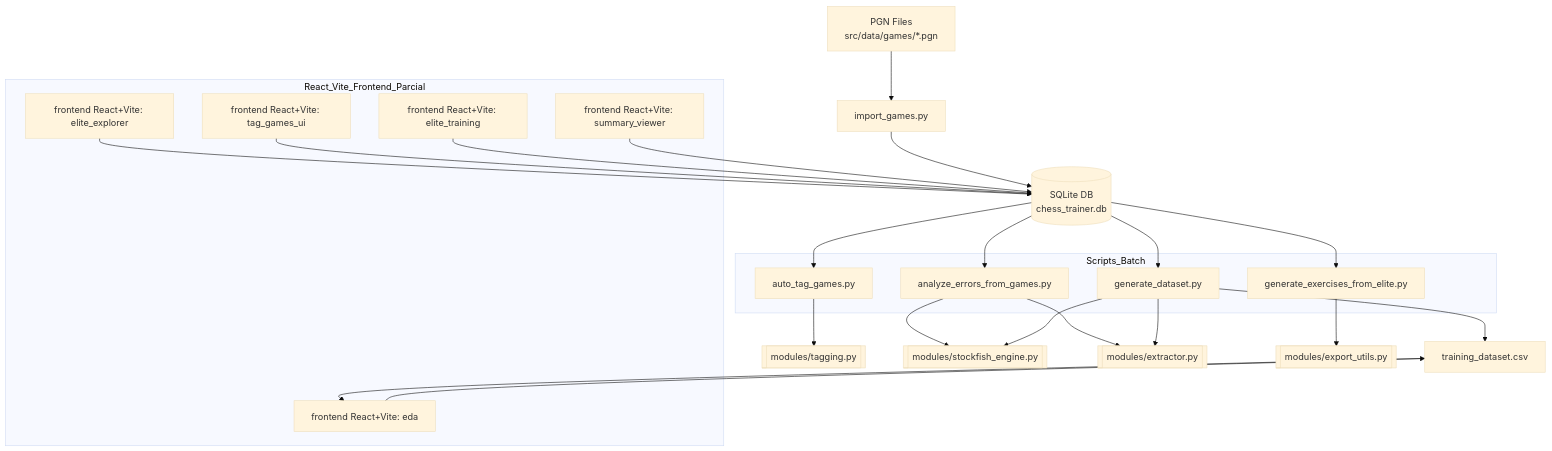
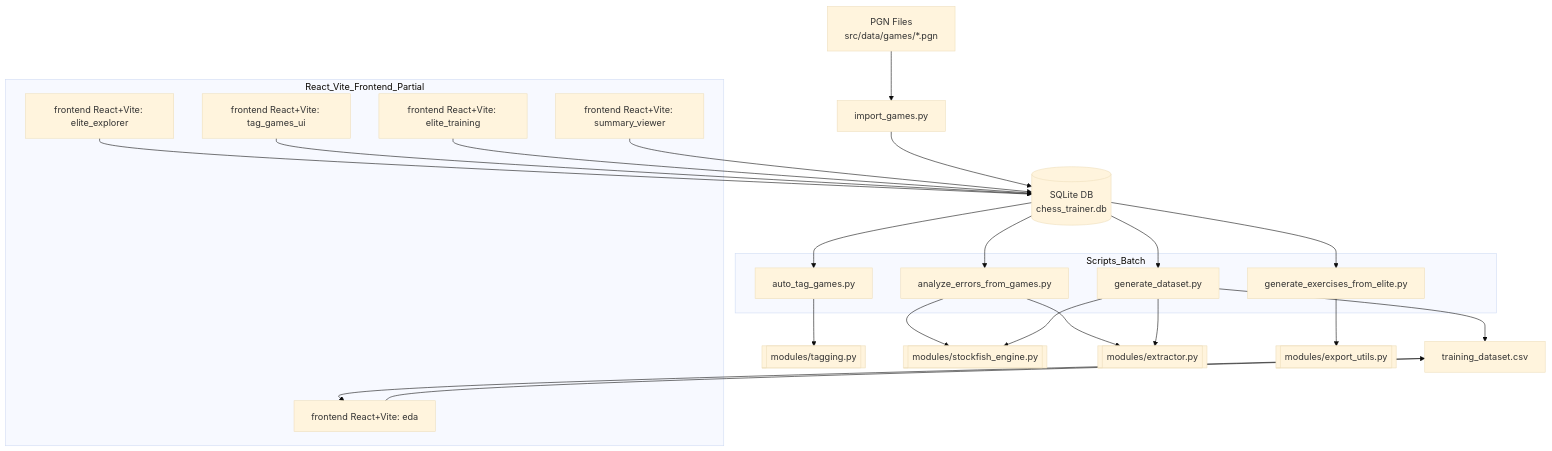
Before and after one commit to cmessoftware/chessinsightai: the diagram in src/architecture.md, drawn with Mermaid (base theme). The commit also changed 2 other files, not shown here.

Commit message:
docs: refine react+vite command and architecture labels
Agent-Logs-Url: https://github.com/cmessoftware/chessinsightai/sessions/33f0549b-f44d-47ba-a050-168358c5e59d

````diff
--- a/src/architecture.md
+++ b/src/architecture.md
@@ -1,43 +1,43 @@
 ```mermaid
 graph TD
   A[PGN Files<br>src/data/games/*.pgn] --> B[import_games.py]
   B --> DB[(SQLite DB<br>chess_trainer.db)]
 
   DB --> C[auto_tag_games.py]
   DB --> D[analyze_errors_from_games.py]
   DB --> E[generate_exercises_from_elite.py]
   DB --> F[generate_dataset.py]
 
   C --> M1[[modules/tagging.py]]
   D --> M2[[modules/stockfish_engine.py]]
   D --> M3[[modules/extractor.py]]
   E --> M4[[modules/export_utils.py]]
   F --> M2
   F --> M3
 
   G1[frontend React+Vite: elite_explorer] --> DB
   G2[frontend React+Vite: tag_games_ui] --> DB
   G3[frontend React+Vite: elite_training] --> DB
   G4[frontend React+Vite: summary_viewer] --> DB
   
   CSV[training_dataset.csv]
   G5[frontend React+Vite: eda] --> CSV
 
   F --> CSV
   CSV --> G5
 
-  subgraph React_Vite_Frontend_Parcial
+  subgraph React_Vite_Frontend_Partial
     G1
     G2
     G3
     G4
     G5
   end
 
   subgraph Scripts_Batch
     C
     D
     E
     F
   end
 ```
````
